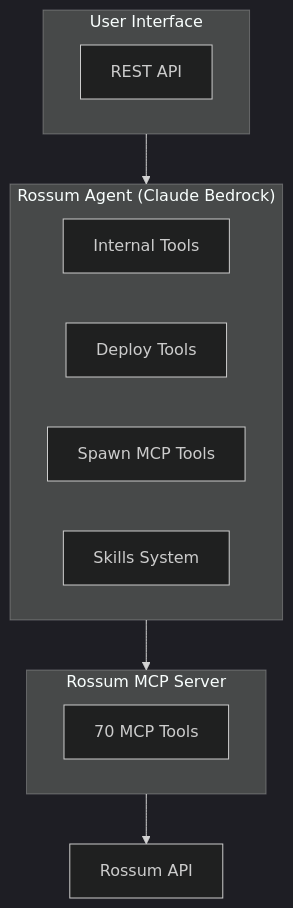
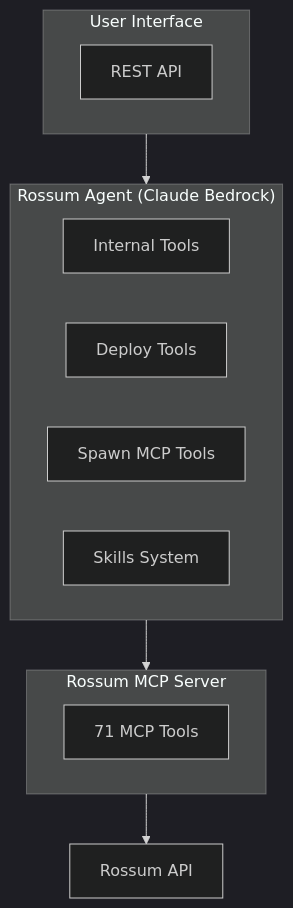
Before and after one commit to stancld/rossum-agents: the diagram in rossum-agent/README.md, drawn with Mermaid (dark theme). The commit also changed other lines of this file and 4 other files, not shown here.

````diff
--- a/rossum-agent/README.md
+++ b/rossum-agent/README.md
@@ -207,23 +207,23 @@
 ```mermaid
 flowchart TB
     subgraph UI["User Interface"]
         A[REST API]
     end
 
     subgraph Agent["Rossum Agent (Claude Bedrock)"]
         IT[Internal Tools]
         DT[Deploy Tools]
         MT[Spawn MCP Tools]
         SK[Skills System]
     end
 
     subgraph MCP["Rossum MCP Server"]
-        Tools[70 MCP Tools]
+        Tools[71 MCP Tools]
     end
 
     API[Rossum API]
 
     UI --> Agent
     Agent --> MCP
     MCP --> API
 ```
````
